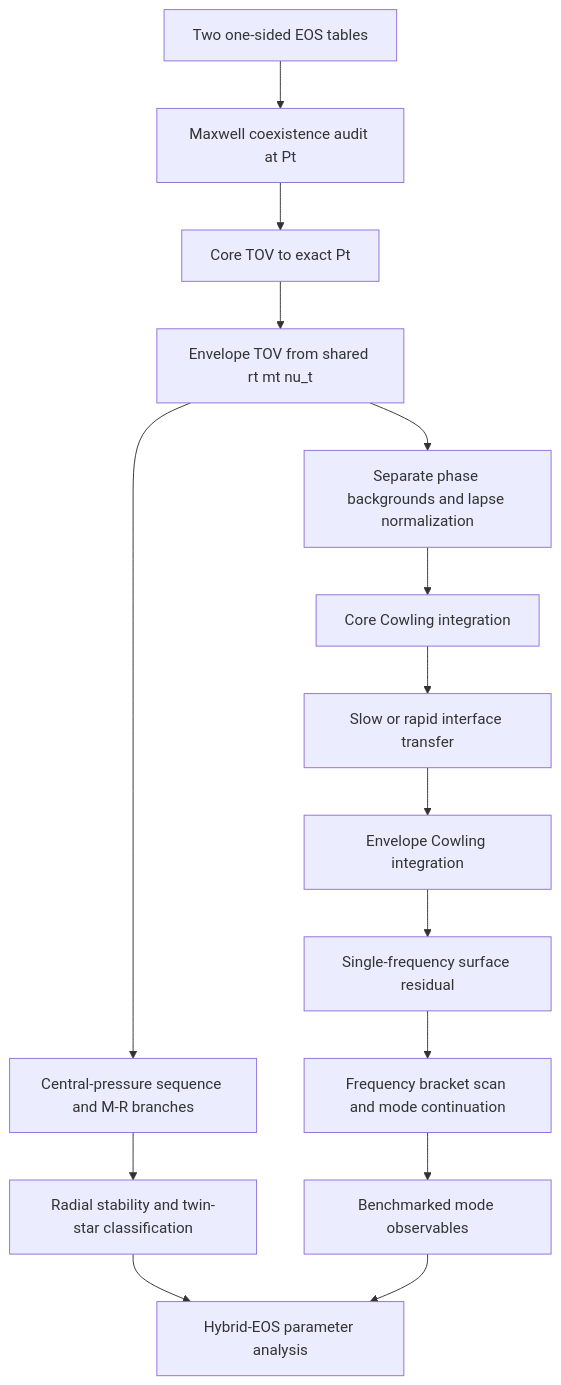
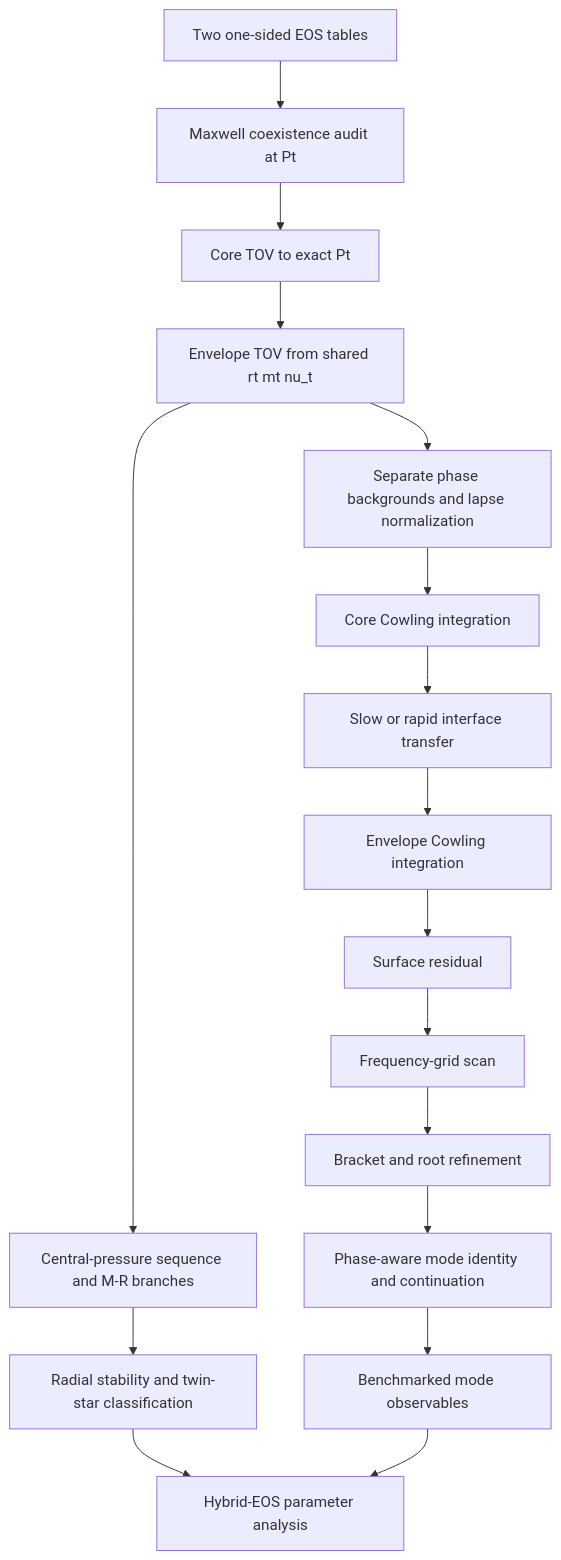
Before and after one commit to cosmosapjw-quantum/NS_Cowling: the diagram in docs/MAXWELL_NATIVE_FORTRAN_DAG_20261109.md, drawn with Mermaid. The commit also changed other lines of this file and 5 other files, not shown here.

````diff
--- a/docs/MAXWELL_NATIVE_FORTRAN_DAG_20261109.md
+++ b/docs/MAXWELL_NATIVE_FORTRAN_DAG_20261109.md
@@ -7,17 +12,19 @@
 ```mermaid
 flowchart TD
   A[Two one-sided EOS tables] --> B[Maxwell coexistence audit at Pt]
   B --> C[Core TOV to exact Pt]
   C --> D[Envelope TOV from shared rt mt nu_t]
   D --> E[Separate phase backgrounds and lapse normalization]
   E --> F[Core Cowling integration]
   F --> G[Slow or rapid interface transfer]
   G --> H[Envelope Cowling integration]
-  H --> I[Single-frequency surface residual]
-  I --> J[Frequency bracket scan and mode continuation]
+  H --> I[Surface residual]
+  I --> J1[Frequency-grid scan]
+  J1 --> J2[Bracket and root refinement]
+  J2 --> J3[Phase-aware mode identity and continuation]
   D --> K[Central-pressure sequence and M-R branches]
   K --> L[Radial stability and twin-star classification]
-  J --> M[Benchmarked mode observables]
+  J3 --> M[Benchmarked mode observables]
   L --> N[Hybrid-EOS parameter analysis]
   M --> N
 ```
````
